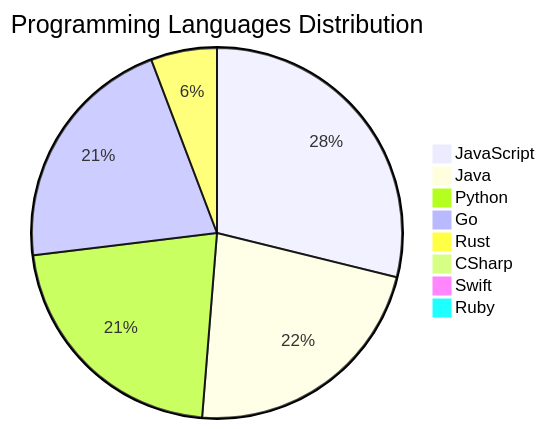
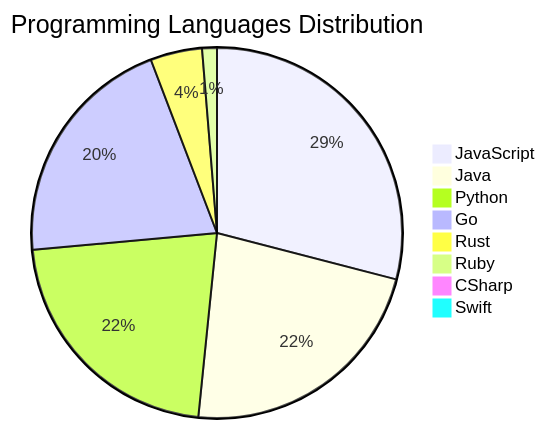
One commit to Derrick-MUGISHA/github-activity-bot changed the diagram in README.md. Above: the diagram before and after it, drawn with Mermaid. The commit also changed other lines of this file and 4 other files, not shown here.

````diff
--- a/README.md
+++ b/README.md
@@ -209,11 +209,11 @@
 ```mermaid
 pie title Programming Languages Distribution
     "JavaScript" : 45
     "Java" : 35
     "Python" : 34
-    "Go" : 33
-    "Rust" : 9
+    "Go" : 32
+    "Rust" : 7
+    "Ruby" : 2
     "CSharp" : 1
     "Swift" : 1
-    "Ruby" : 1
 ```
````
